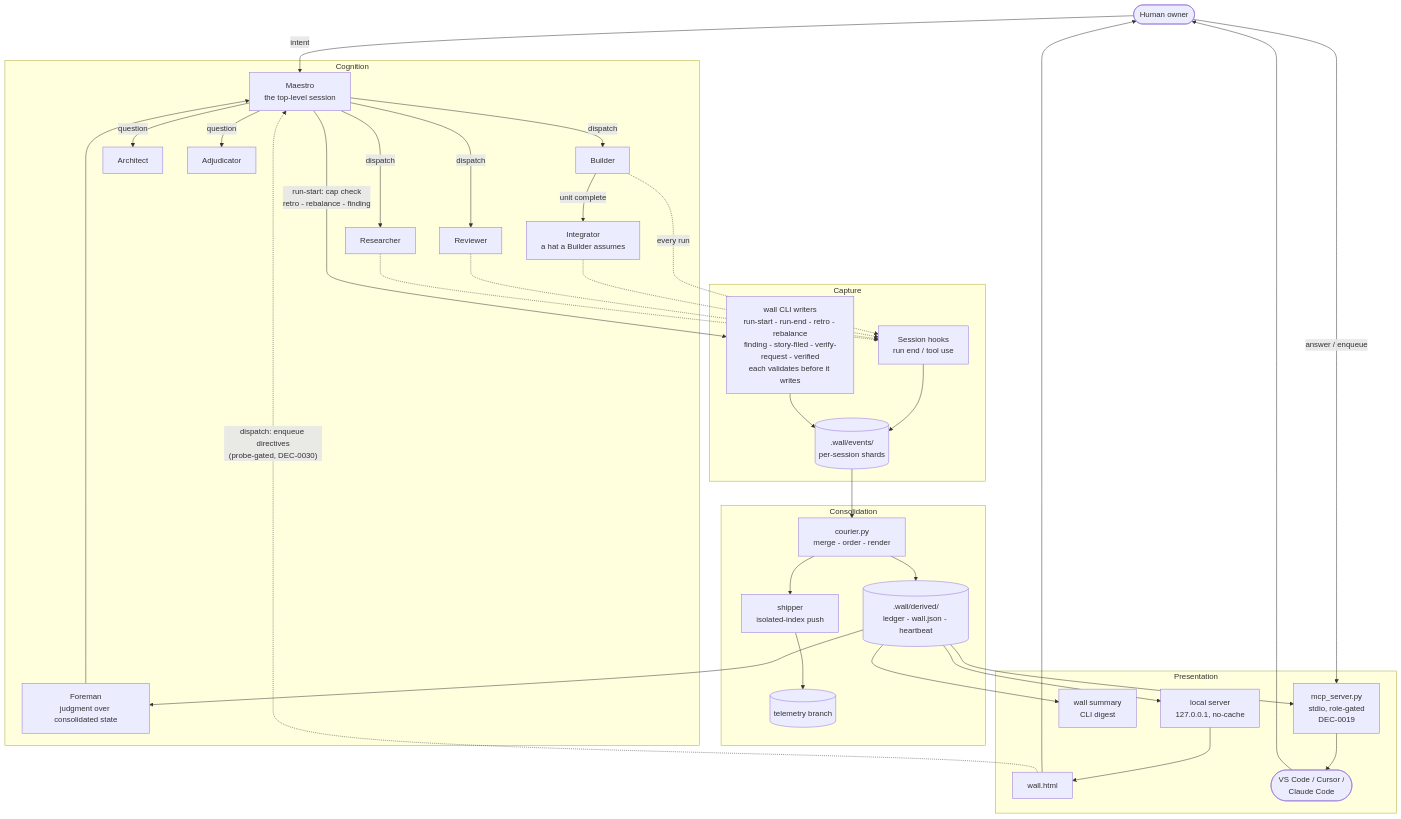
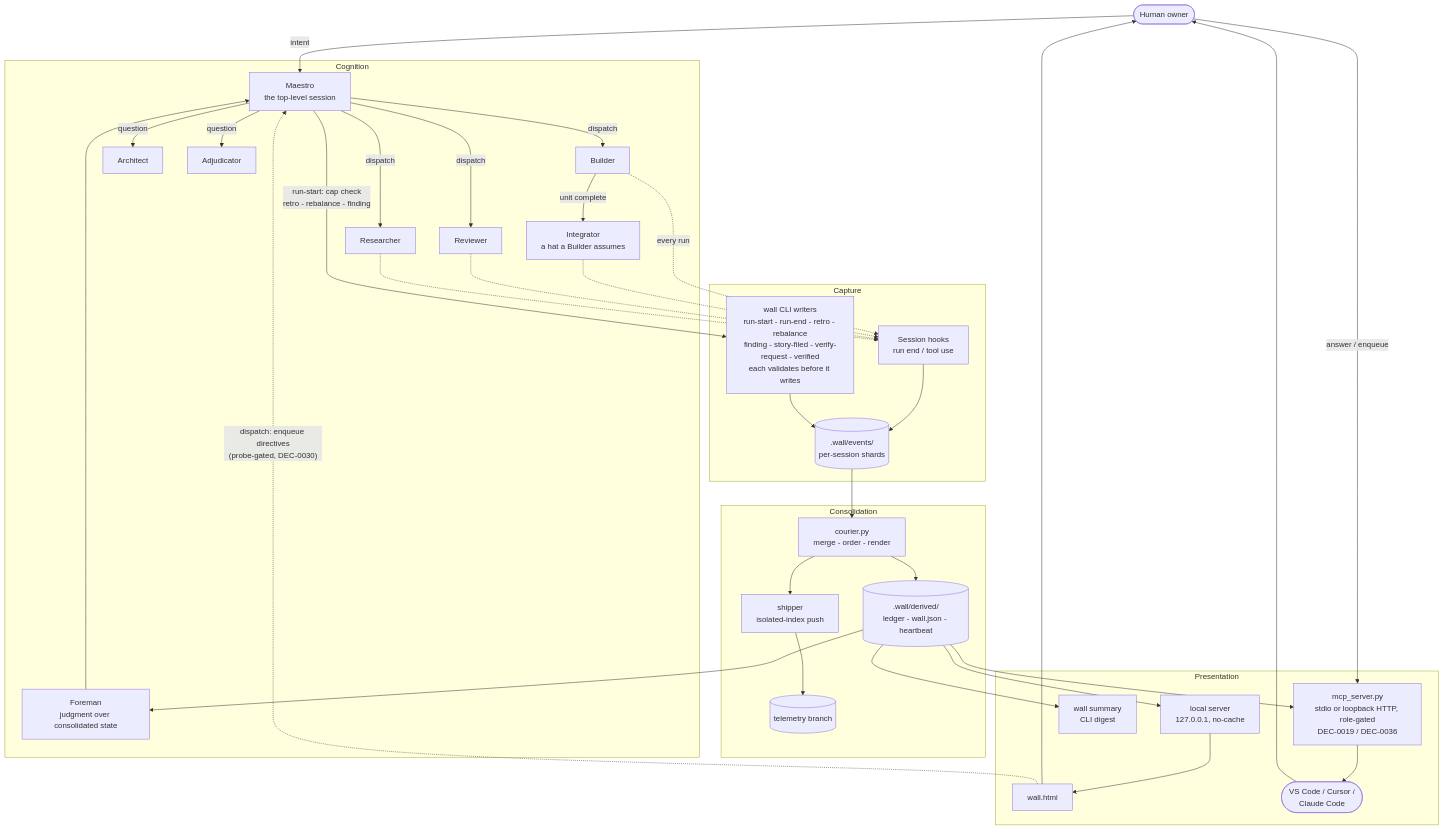
Before and after one commit to newellnarco/EngTeam-Wallkit-BluePrint: the first of 3 diagrams in docs/diagrams/ARCHITECTURE.md, drawn with Mermaid. The commit also changed 8 other files, not shown here.

First line of the commit message:
feat(mcp): loopback Streamable HTTP transport beside stdio (DEC-0036) (#16)

````diff
--- a/docs/diagrams/ARCHITECTURE.md
+++ b/docs/diagrams/ARCHITECTURE.md
@@ -21,66 +21,66 @@
 ```mermaid
 flowchart TB
     Human([Human owner])
 
     subgraph Cognition
         Maestro[Maestro<br/>the top-level session]
         Builder[Builder]
         Integrator[Integrator<br/>a hat a Builder assumes]
         Reviewer[Reviewer]
         Researcher[Researcher]
         Architect[Architect]
         Adjudicator[Adjudicator]
         Foreman[Foreman<br/>judgment over consolidated state]
     end
 
     subgraph Capture
         Hooks[Session hooks<br/>run end / tool use]
         CLI[wall CLI writers<br/>run-start - run-end - retro - rebalance<br/>finding - story-filed - verify-request - verified<br/>each validates before it writes]
         Shards[(.wall/events/<br/>per-session shards)]
     end
 
     subgraph Consolidation
         Courier[courier.py<br/>merge - order - render]
         Shipper[shipper<br/>isolated-index push]
         Derived[(.wall/derived/<br/>ledger - wall.json - heartbeat)]
         Branch[(telemetry branch)]
     end
 
     subgraph Presentation
         Server[local server<br/>127.0.0.1, no-cache]
         Wall[wall.html]
         Summary[wall summary<br/>CLI digest]
-        MCP[mcp_server.py<br/>stdio, role-gated<br/>DEC-0019]
+        MCP[mcp_server.py<br/>stdio or loopback HTTP, role-gated<br/>DEC-0019 / DEC-0036]
         Editors([VS Code / Cursor /<br/>Claude Code])
     end
 
     Human -->|intent| Maestro
     Maestro -->|dispatch| Builder
     Maestro -->|dispatch| Reviewer
     Maestro -->|dispatch| Researcher
     Maestro -->|question| Architect
     Maestro -->|question| Adjudicator
     Builder -->|unit complete| Integrator
     Builder -.->|every run| Hooks
     Integrator -.-> Hooks
     Reviewer -.-> Hooks
     Researcher -.-> Hooks
     Maestro -->|"run-start: cap check<br/>retro - rebalance - finding"| CLI
     Hooks --> Shards
     CLI --> Shards
     Shards --> Courier
     Courier --> Derived
     Courier --> Shipper
     Shipper --> Branch
     Derived --> Server
     Server --> Wall
     Wall --> Human
     Derived --> Summary
     Derived --> MCP
     MCP --> Editors
     Editors --> Human
     Human -->|answer / enqueue| MCP
     Wall -.->|"dispatch: enqueue directives<br/>(probe-gated, DEC-0030)"| Maestro
     Derived --> Foreman
     Foreman --> Maestro
 ```
````
